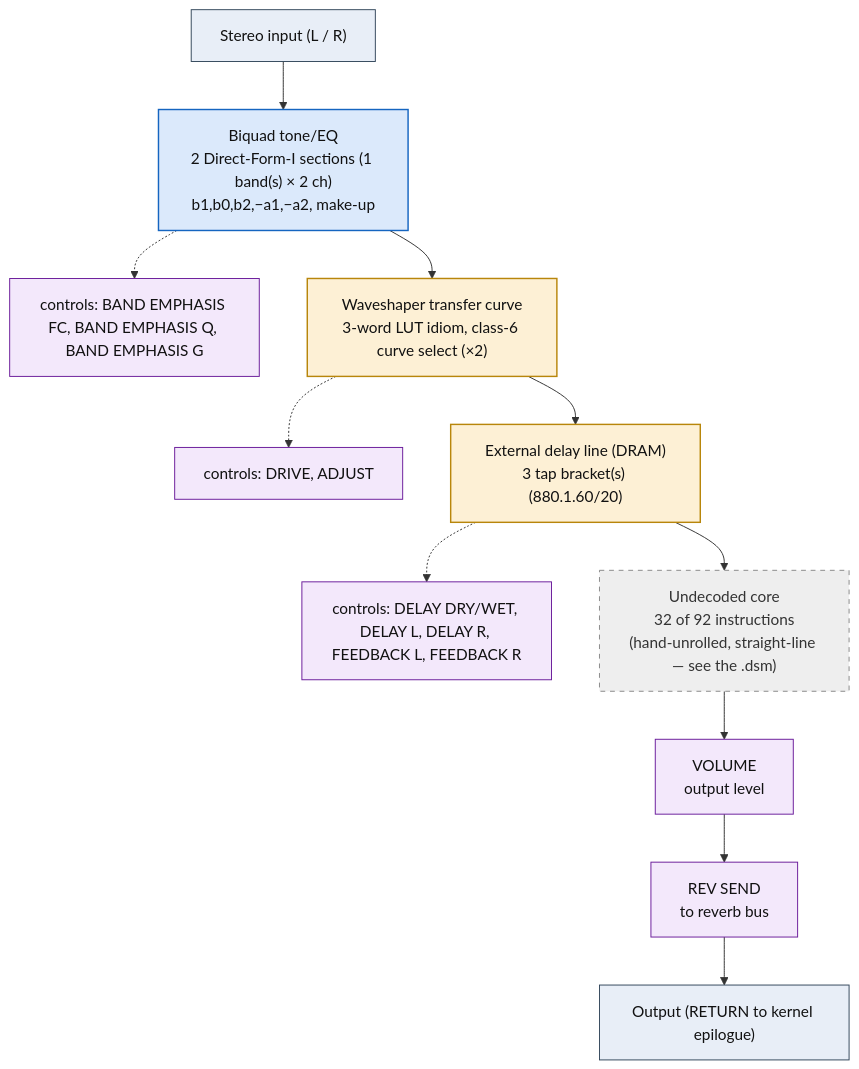
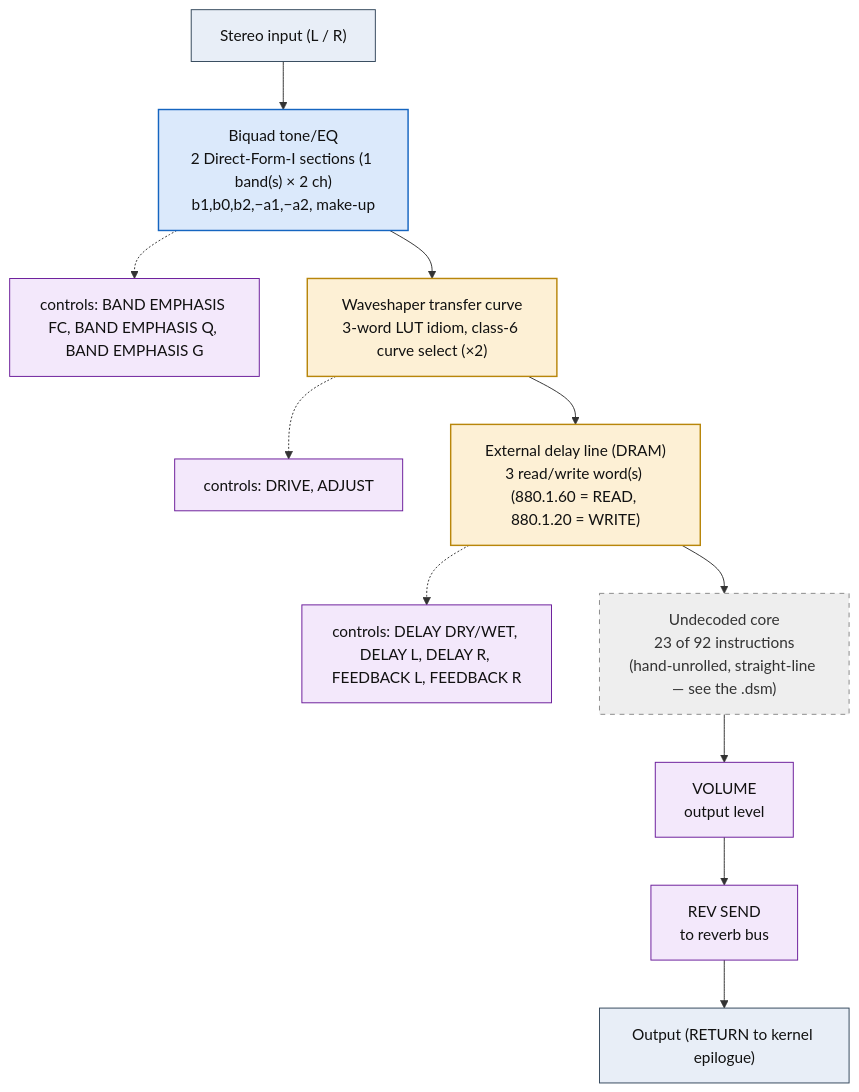
One commit to ArqueologiaDigital/KN5000-docs changed the diagram in flowcharts/prog98_peq_dist_delay.md. Above: the diagram before and after it, drawn with Mermaid. The commit also changed other lines of this file and 38 other files, not shown here.

First line of the commit message:
flowcharts: withdraw the envelope-detector reading, decode the DRAM accesses

````diff
--- a/flowcharts/prog98_peq_dist_delay.md
+++ b/flowcharts/prog98_peq_dist_delay.md
@@ -19,36 +19,36 @@
 ```mermaid
 flowchart TD
     N0["Stereo input (L / R)"]
     N1["Biquad tone/EQ<br/>2 Direct-Form-I sections (1 band(s) &times; 2 ch)<br/>b1,b0,b2,&minus;a1,&minus;a2, make-up"]
     N0 --> N1
     N2["controls: BAND EMPHASIS FC, BAND EMPHASIS Q, BAND EMPHASIS G"]
     N1 -.-> N2
     N3["Waveshaper transfer curve<br/>3-word LUT idiom, class-6 curve select (&times;2)"]
     N1 --> N3
     N4["controls: DRIVE, ADJUST"]
     N3 -.-> N4
-    N5["External delay line (DRAM)<br/>3 tap bracket(s) (880.1.60/20)"]
+    N5["External delay line (DRAM)<br/>3 read/write word(s) (880.1.60 = READ, 880.1.20 = WRITE)"]
     N3 --> N5
     N6["controls: DELAY DRY/WET, DELAY L, DELAY R, FEEDBACK L, FEEDBACK R"]
     N5 -.-> N6
-    N7["Undecoded core<br/>32 of 92 instructions<br/>(hand-unrolled, straight-line &mdash; see the .dsm)"]
+    N7["Undecoded core<br/>23 of 92 instructions<br/>(hand-unrolled, straight-line &mdash; see the .dsm)"]
     N5 --> N7
     N8["VOLUME<br/>output level"]
     N7 --> N8
     N9["REV SEND<br/>to reverb bus"]
     N8 --> N9
     N10["Output (RETURN to kernel epilogue)"]
     N9 --> N10
 
     classDef io fill:#e8eef7,stroke:#33475b,stroke-width:1px,color:#111;
     classDef proven fill:#d7f0d7,stroke:#2e7d32,stroke-width:2px,color:#111;
     classDef measured fill:#dbe9fb,stroke:#1565c0,stroke-width:1.5px,color:#111;
     classDef inferred fill:#fdf0d5,stroke:#b8860b,stroke-width:1.5px,color:#111;
     classDef open fill:#eeeeee,stroke:#888,stroke-width:1px,color:#333,stroke-dasharray:5 5;
     classDef ctrl fill:#f3e8fb,stroke:#6a1b9a,stroke-width:1px,color:#111;
     class N0,N10 io;
     class N1 measured;
     class N2,N4,N6,N8,N9 ctrl;
     class N3,N5 inferred;
     class N7 open;
 ```
````
